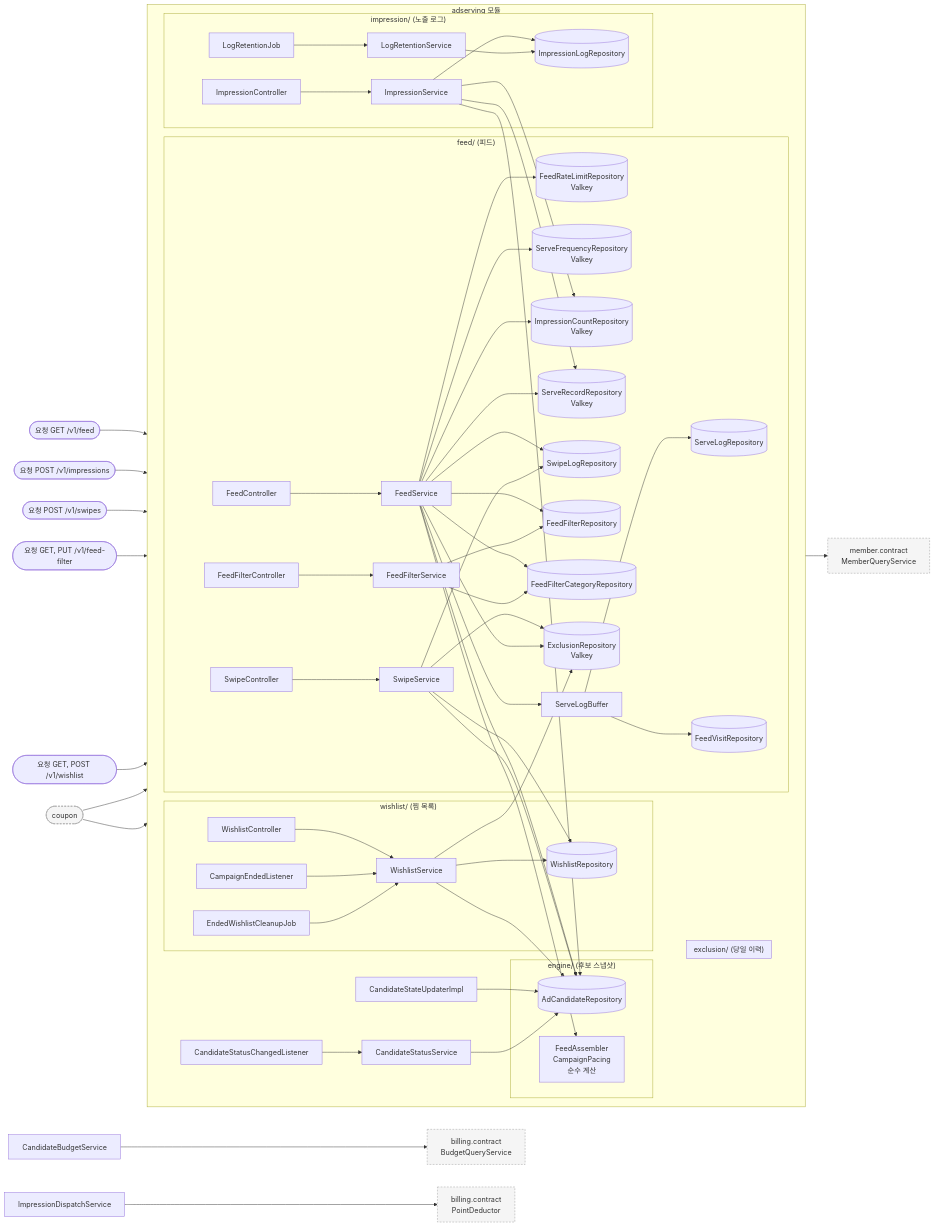
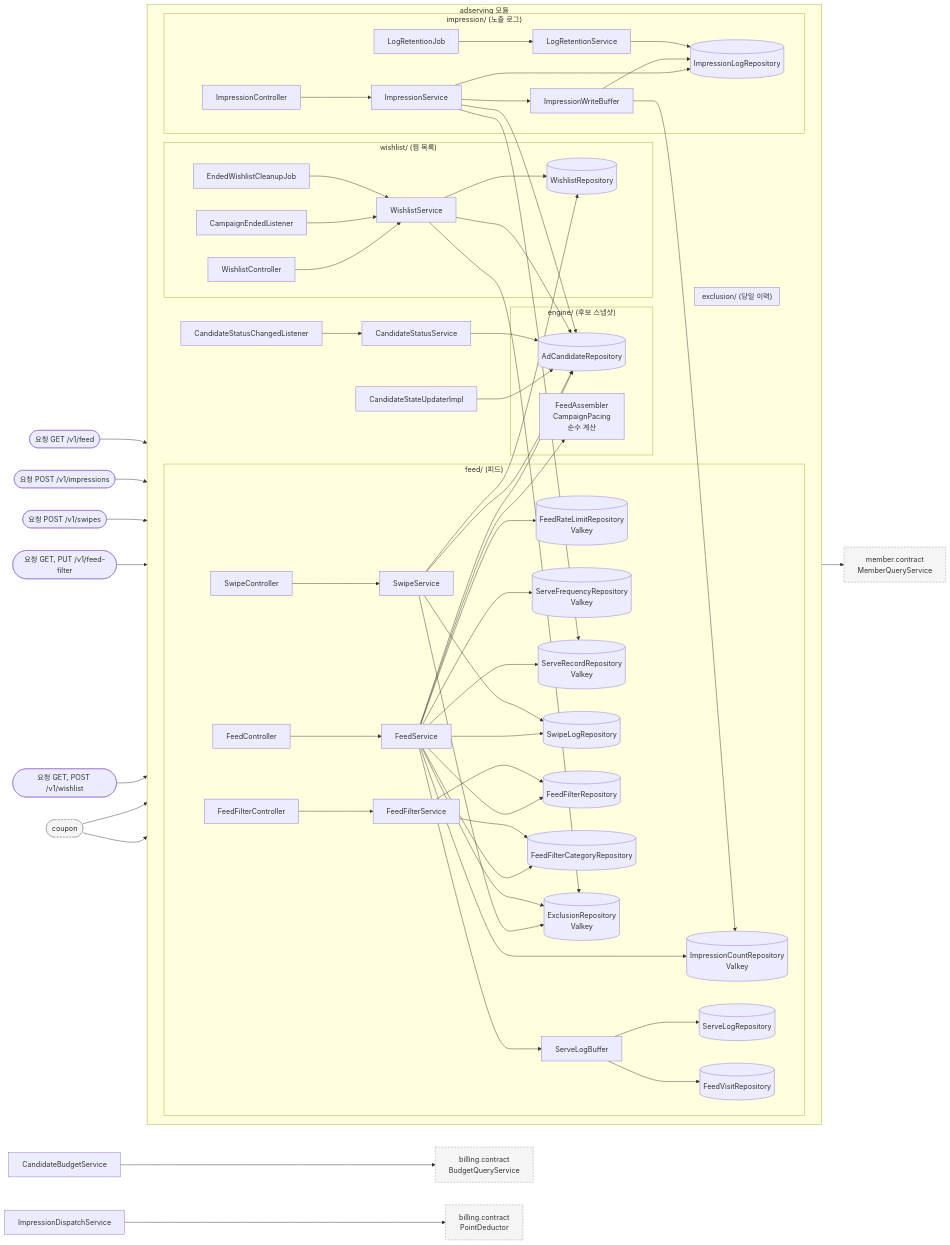
One commit to lunch-catch/lc-backend changed the first of 6 diagrams in docs/design/adserving/adserving_구조와_동작_설계.md. Above: the diagram before and after it, drawn with Mermaid. The commit also changed other lines of this file and 11 other files, not shown here.

````diff
--- a/docs/design/adserving/adserving_구조와_동작_설계.md
+++ b/docs/design/adserving/adserving_구조와_동작_설계.md
@@ -341,77 +344,78 @@
 ```mermaid
 flowchart LR
     REQ([요청 GET /v1/feed]) --> FC
     REQ2([요청 POST /v1/impressions]) --> IMC
     REQ3([요청 POST /v1/swipes]) --> SWC
     REQ4([요청 GET, PUT /v1/feed-filter]) --> FFCT
     REQ5([요청 GET, POST /v1/wishlist]) --> WC
 
     subgraph adserving["adserving 모듈"]
         direction LR
 
         subgraph feed["feed/ (피드)"]
             FC[FeedController] --> FS[FeedService]
             FS --> RL[("FeedRateLimitRepository<br/>Valkey")]
             FS --> SF[("ServeFrequencyRepository<br/>Valkey")]
             FS --> IC[("ImpressionCountRepository<br/>Valkey")]
             FS --> SR[("ServeRecordRepository<br/>Valkey")]
             FS --> SW[(SwipeLogRepository)]
             FS --> FF[(FeedFilterRepository)]
             FS --> FFC[(FeedFilterCategoryRepository)]
             FFCT[FeedFilterController] --> FFS[FeedFilterService]
             FFS --> FF
             FFS --> FFC
             SWC[SwipeController] --> SWS[SwipeService]
             SWS --> SW
             SWS --> DE
             FS --> SB[ServeLogBuffer]
             SB --> SL[(ServeLogRepository)]
             SB --> FV[(FeedVisitRepository)]
         end
 
         subgraph exclusion["exclusion/ (당일 이력)"]
             DE[("ExclusionRepository<br/>Valkey")]
         end
 
         subgraph engine["engine/ (후보 스냅샷)"]
             AR[(AdCandidateRepository)]
             FA["FeedAssembler<br/>CampaignPacing<br/>순수 계산"]
         end
 
         subgraph wishlist["wishlist/ (찜 목록)"]
             WC[WishlistController] --> WS[WishlistService]
             WL[CampaignEndedListener] --> WS
             WJ[EndedWishlistCleanupJob] --> WS
             WS --> WR[(WishlistRepository)]
         end
 
         CSU[CandidateStateUpdaterImpl] --> AR
         CSL[CandidateStatusChangedListener] --> CSS[CandidateStatusService] --> AR
 
         subgraph impression["impression/ (노출 로그)"]
             IMC[ImpressionController] --> IMS[ImpressionService]
             IMS --> IML[(ImpressionLogRepository)]
+            IMS --> IMW[ImpressionWriteBuffer] --> IML
             LRJ[LogRetentionJob] --> LRS[LogRetentionService] --> IML
         end
 
         FS --> AR
         FS --> DE
         FS --> FA
         IMS --> SR
-        IMS --> IC
+        IMW --> IC
         IMS --> AR
         SWS --> WR
         SWS --> AR
         WS --> AR
         WS --> DE
     end
 
     CP([coupon]) --> WS
     CP --> CSU
     FS --> MQ["member.contract<br/>MemberQueryService"]
     CBS[CandidateBudgetService] --> BQ["billing.contract<br/>BudgetQueryService"]
     IDS[ImpressionDispatchService] --> PD["billing.contract<br/>PointDeductor"]
 
     classDef out fill:#f5f5f5,stroke:#999,stroke-dasharray:4 3
     class MQ,BQ,PD,CP out
 ```
````
